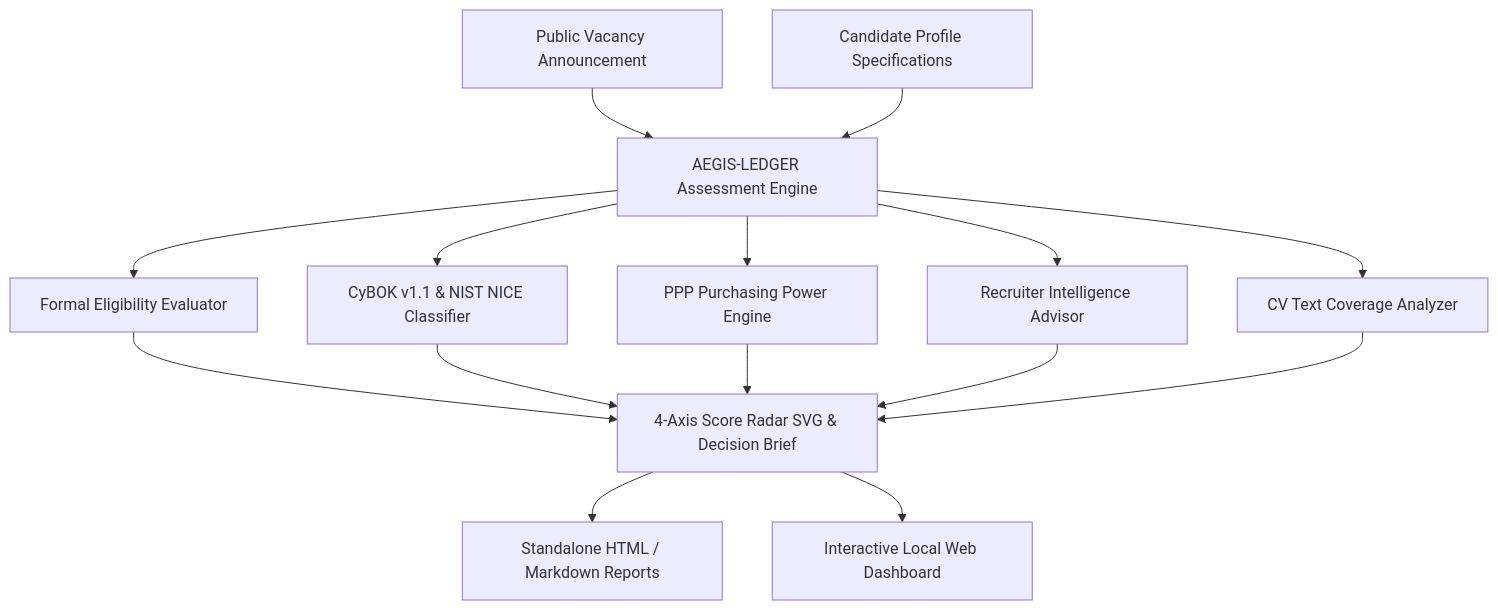
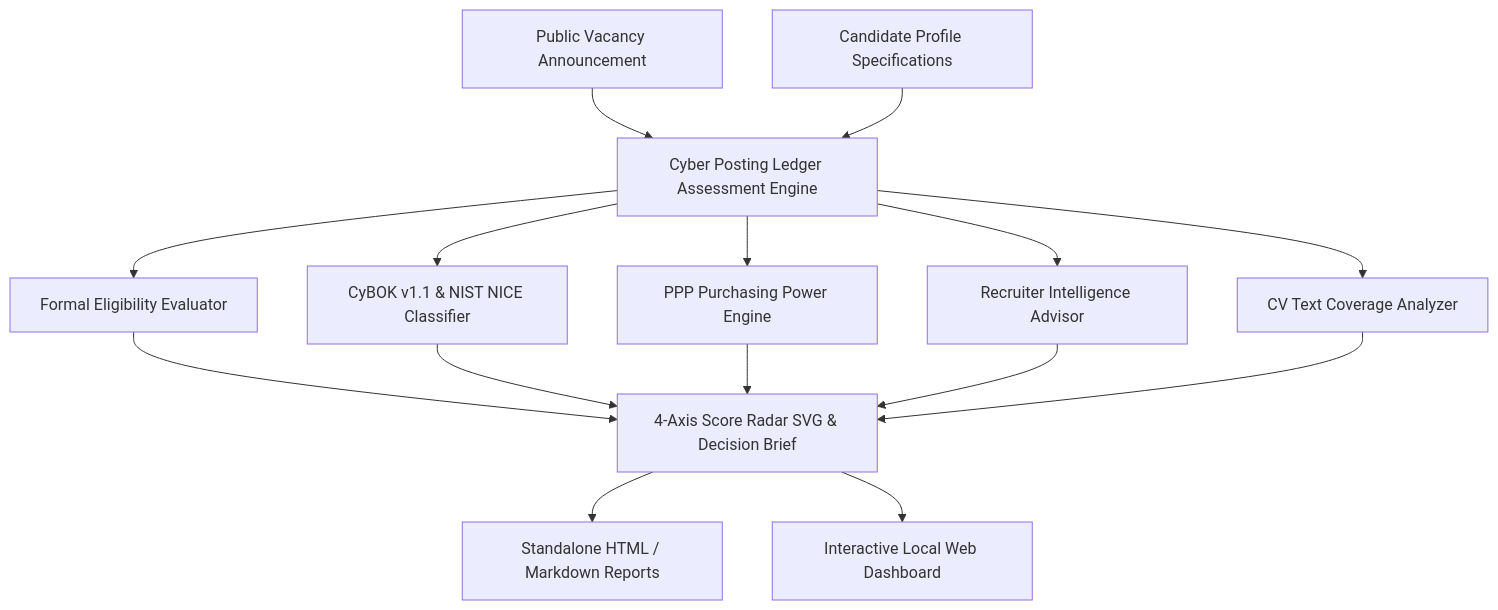
The diagram in README.md (v-k-tsalikidis/Cyber-Posting-Ledger), drawn with Mermaid before and after one commit. The commit also changed other lines of this file and 36 other files, not shown here.

First line of the commit message:
Rename to Cyber Posting Ledger

````diff
--- a/README.md
+++ b/README.md
@@ -32,20 +31,20 @@
 ```mermaid
 graph TD
-    A["Public Vacancy Announcement"] --> B["AEGIS-LEDGER Assessment Engine"]
+    A["Public Vacancy Announcement"] --> B["Cyber Posting Ledger Assessment Engine"]
     C["Candidate Profile Specifications"] --> B
     
     B --> D["Formal Eligibility Evaluator"]
     B --> E["CyBOK v1.1 & NIST NICE Classifier"]
     B --> F["PPP Purchasing Power Engine"]
     B --> G["Recruiter Intelligence Advisor"]
     B --> H["CV Text Coverage Analyzer"]
     
     D --> I["4-Axis Score Radar SVG & Decision Brief"]
     E --> I
     F --> I
     G --> I
     H --> I
     
     I --> J["Standalone HTML / Markdown Reports"]
     I --> K["Interactive Local Web Dashboard"]
 ```
````
